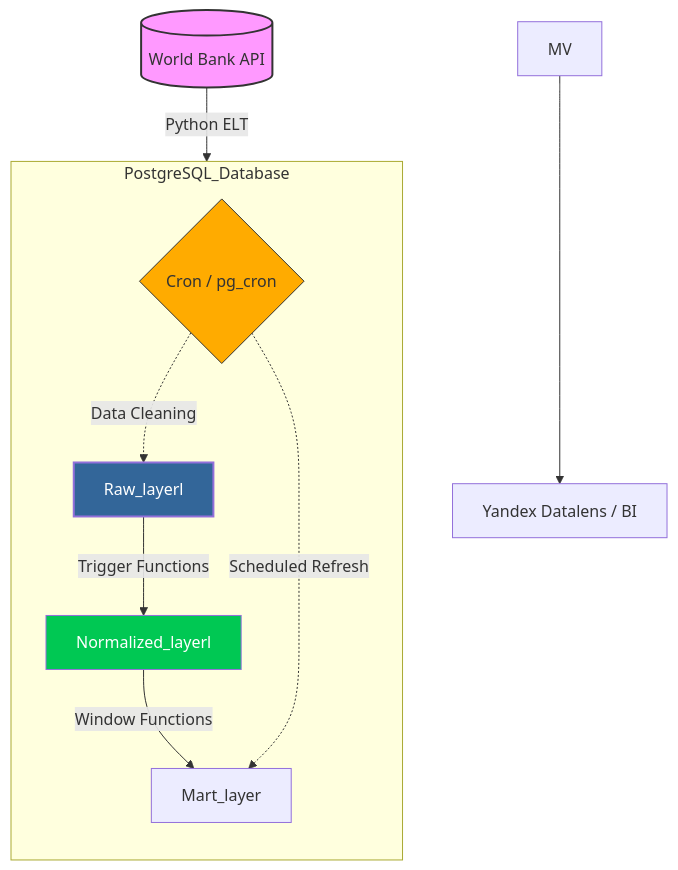
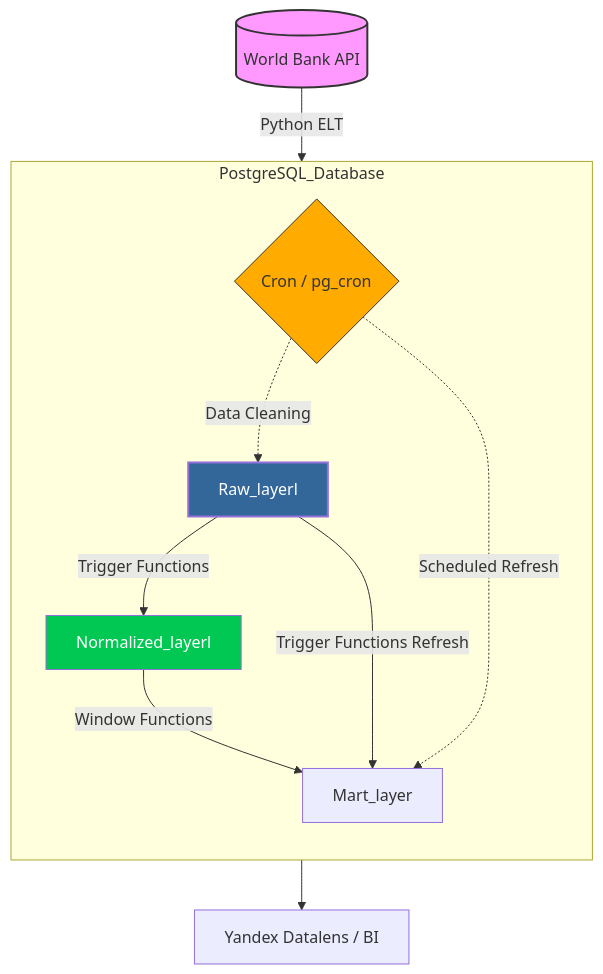
Before and after one commit to ososovyan/WB_data_collector: the diagram in README.md, drawn with Mermaid. The commit also changed other lines of this file, not shown here.

````diff
--- a/README.md
+++ b/README.md
@@ -37,25 +37,26 @@
 ```mermaid
 graph TD
     %% Источник данных
     WB[(World Bank API)] --> |Python ELT| RL[Raw_layerl]
 
     %% Внутренняя логика БД
     subgraph PostgreSQL_Database
         direction TB
         RL --> |Trigger Functions| NL[Normalized_layerl]
         
         NL --> |Window Functions| ML[Mart_layer]
-        
+
+        RL --> |Trigger Functions Refresh| ML
         CRON{Cron / pg_cron} -.-> |Scheduled Refresh| ML
         CRON -.-> |Data Cleaning| RL
     end
 
     %% Выход данных
-    MV --> API[Yandex Datalens / BI ]
+    ML --> API[Yandex Datalens / BI ]
     
     %% Стилизация (чтобы было красиво)
     style WB fill:#f9f,stroke:#333,stroke-width:2px
     style RL fill:#336699,color:#fff,stroke-width:2px
     style NL fill:#00c853,color:#fff
     style CRON fill:#ffab00,stroke:#333
 ```
````
